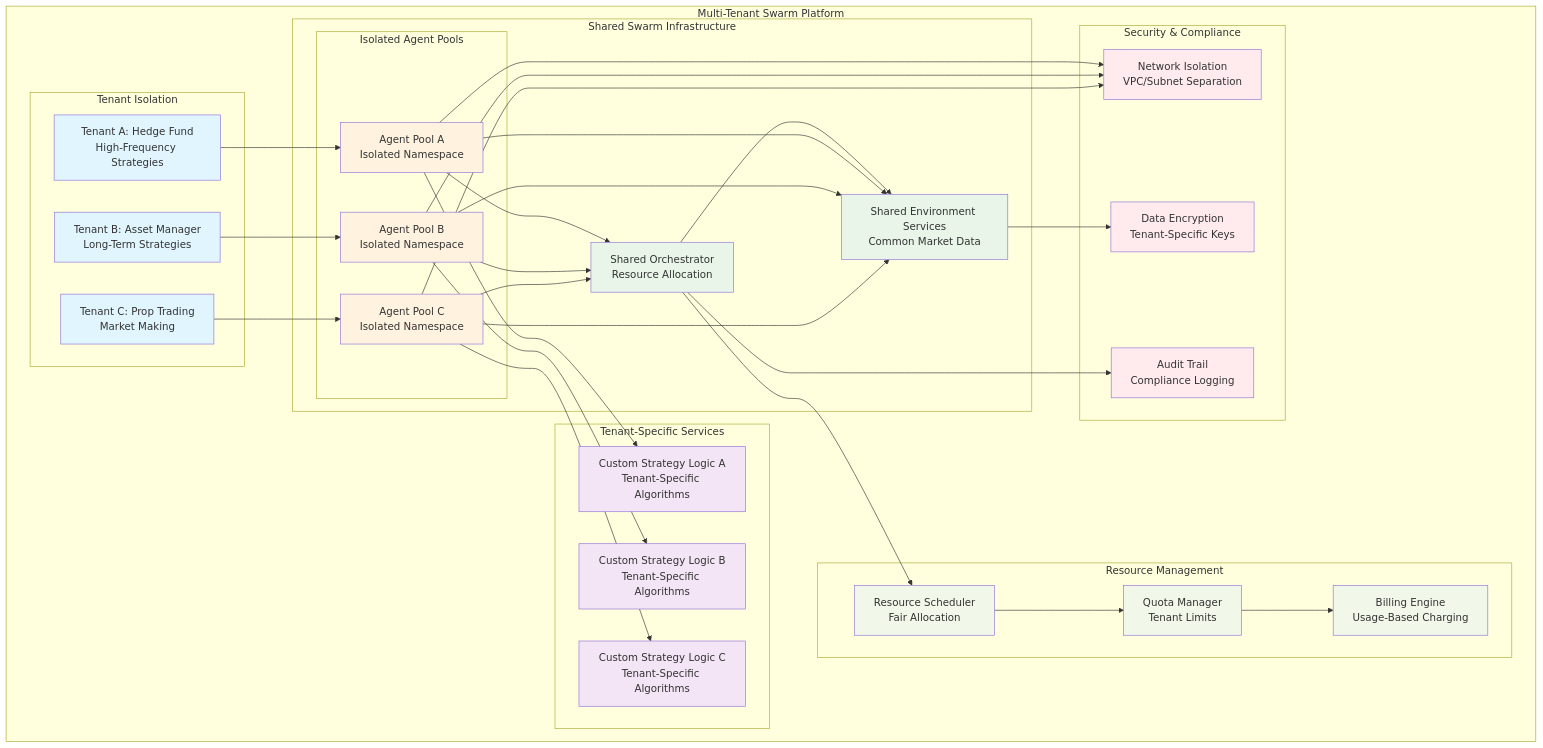
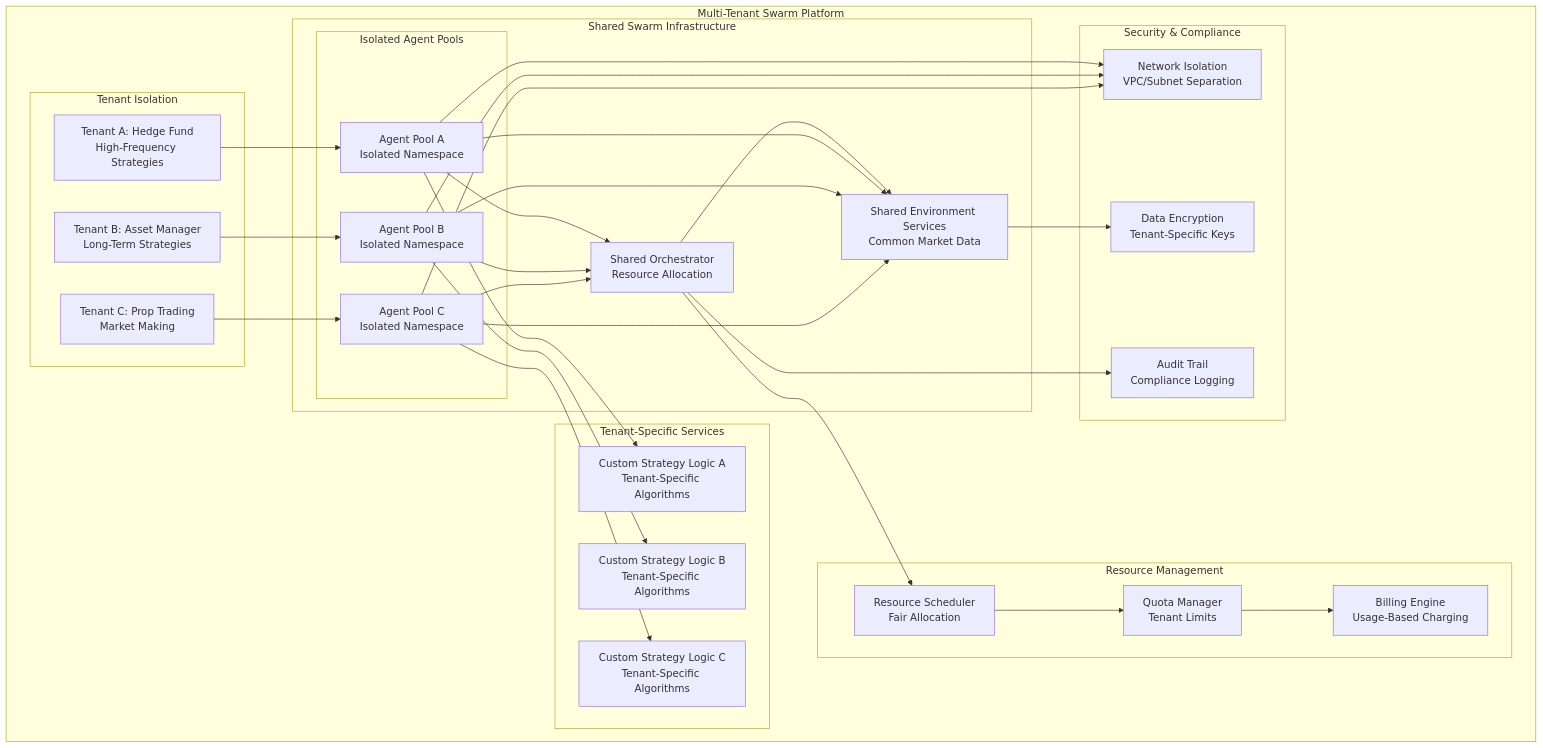
One commit to petewilburn/Python-Programs-for-Fun-and-Education changed the eighth of 12 diagrams in src/Python_Programs/Hierarchical_Swarm_Enterprise_Architecture.md. Above: the diagram before and after it, drawn with Mermaid. The commit also changed other lines of this file and 3 other files, not shown here.

Commit message:
Remove all Mermaid styling for better dark mode compatibility

````diff
--- a/src/Python_Programs/Hierarchical_Swarm_Enterprise_Architecture.md
+++ b/src/Python_Programs/Hierarchical_Swarm_Enterprise_Architecture.md
@@ -732,17 +660,4 @@
     SharedOrchestrator --> AuditTrail
     
     %% Styling
-    classDef tenant fill:#e1f5fe
-    classDef infrastructure fill:#e8f5e8
-    classDef agent fill:#fff3e0
-    classDef custom fill:#f3e5f5
-    classDef resource fill:#f1f8e9
-    classDef security fill:#ffebee
-    
-    class TenantA,TenantB,TenantC tenant
-    class SharedOrchestrator,SharedEnvironment infrastructure
-    class AgentPoolA,AgentPoolB,AgentPoolC agent
-    class CustomLogicA,CustomLogicB,CustomLogicC custom
-    class ResourceScheduler,QuotaManager,BillingEngine resource
-    class TenantIsolation,DataEncryption,AuditTrail security
 ```
````
